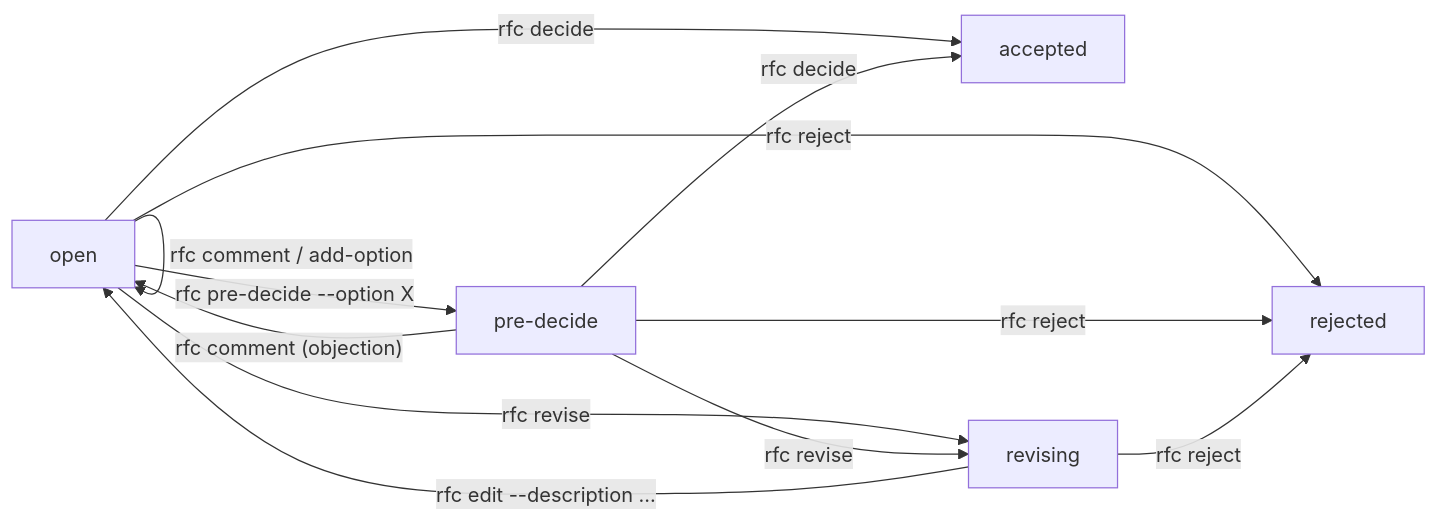
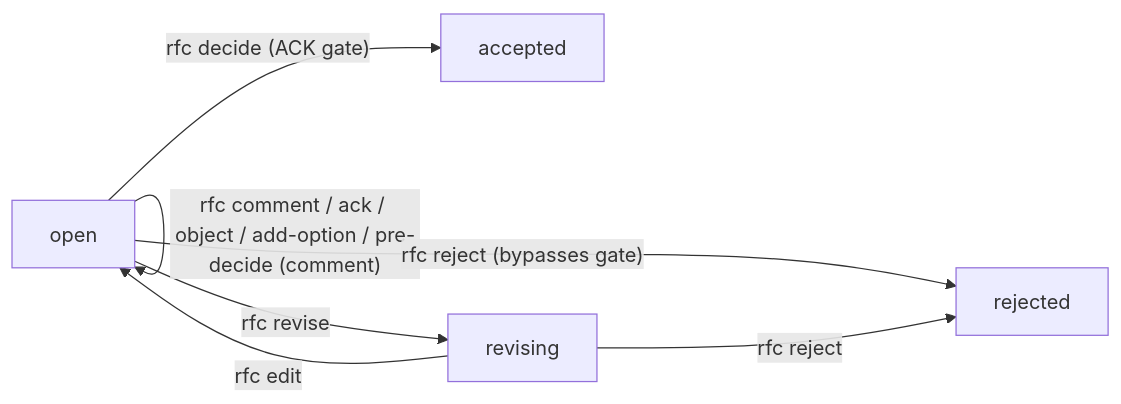
One commit to smilezheng/gojaja changed the diagram in docs/RFC.md. Above: the diagram before and after it, drawn with Mermaid. The commit also changed other lines of this file and 16 other files, not shown here.

````diff
--- a/docs/RFC.md
+++ b/docs/RFC.md
@@ -71,14 +136,9 @@
 ```mermaid
 flowchart LR
-  open -->|"rfc comment / add-option"| open
-  open -->|"rfc pre-decide --option X"| preDecide["pre-decide"]
-  open -->|"rfc decide"| accepted
-  open -->|"rfc reject"| rejected
+  open -->|"rfc comment / ack / object / add-option / pre-decide (comment)"| open
+  open -->|"rfc decide (ACK gate)"| accepted
+  open -->|"rfc reject (bypasses gate)"| rejected
   open -->|"rfc revise"| revising
-  preDecide -->|"rfc comment (objection)"| open
-  preDecide -->|"rfc decide"| accepted
-  preDecide -->|"rfc reject"| rejected
-  preDecide -->|"rfc revise"| revising
-  revising -->|"rfc edit --description ..."| open
+  revising -->|"rfc edit"| open
   revising -->|"rfc reject"| rejected
 ```
````
